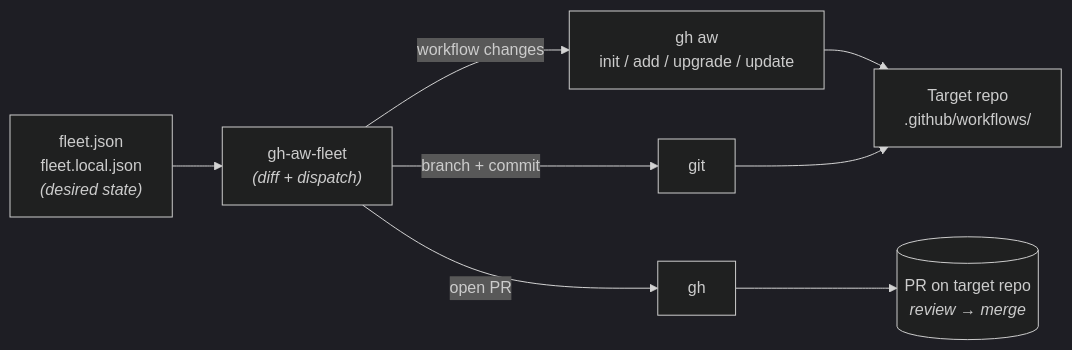
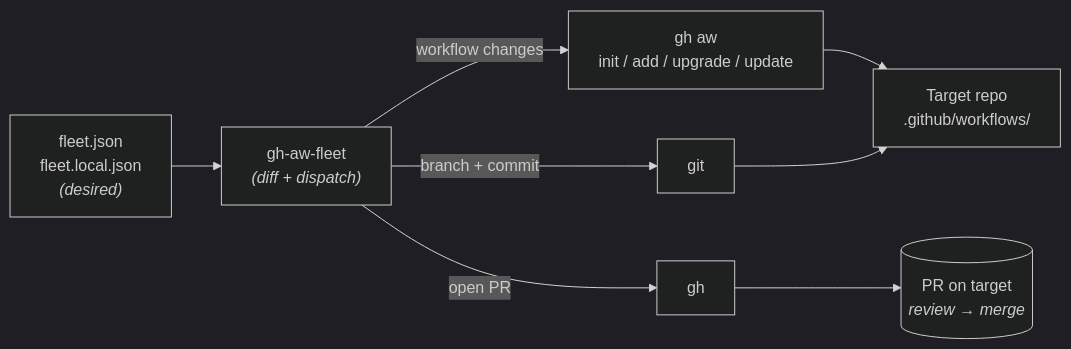
Before and after one commit to rshade/gh-aw-fleet: the diagram in README.md, drawn with Mermaid (dark theme). The commit also changed other lines of this file and 23 other files, not shown here.

````diff
--- a/README.md
+++ b/README.md
@@ -43,10 +95,17 @@
 ```mermaid
 flowchart LR
-    A["fleet.json<br/>fleet.local.json<br/><i>(desired state)</i>"] --> B["gh-aw-fleet<br/><i>(diff + dispatch)</i>"]
-    B -->|"workflow changes"| C["gh aw<br/>init / add / upgrade / update"]
-    B -->|"branch + commit"| D["git"]
-    B -->|"open PR"| E["gh"]
-    C --> F["Target repo<br/>.github/workflows/"]
+    A["fleet.json<br/>fleet.local.json<br/><i>(desired)</i>"]
+    B["gh-aw-fleet<br/><i>(diff + dispatch)</i>"]
+    C["gh aw<br/>init / add / upgrade / update"]
+    D["git"]
+    E["gh"]
+    F["Target repo<br/>.github/workflows/"]
+    G[("PR on target<br/><i>review → merge</i>")]
+    A --> B
+    B -->|"workflow changes"| C
+    B -->|"branch + commit"| D
+    B -->|"open PR"| E
+    C --> F
     D --> F
-    E --> G[("PR on target repo<br/><i>review → merge</i>")]
+    E --> G
 ```
````
